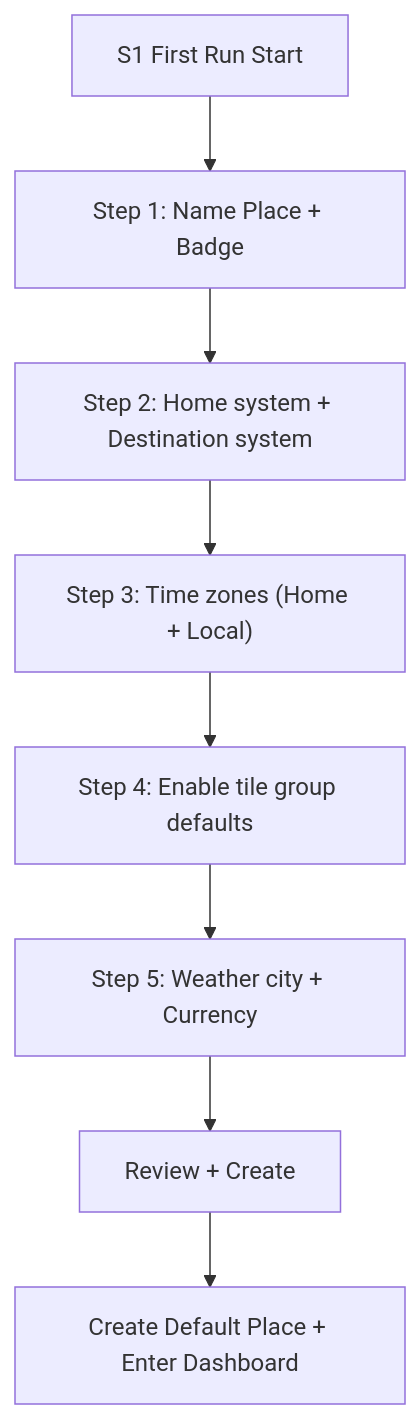
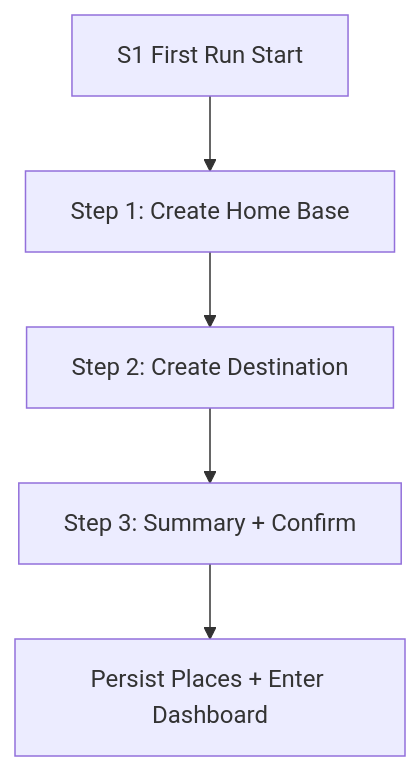
One commit to secretchoochoo/Unitana changed the second of 8 diagrams in docs/01-flows.md. Above: the diagram before and after it, drawn with Mermaid. The commit also changed other lines of this file and 2 other files, not shown here.

Commit message:
docs: refactor onboarding to 3-step wizard + dashboard slice #1

````diff
--- a/docs/01-flows.md
+++ b/docs/01-flows.md
@@ -126,10 +120,7 @@
 ```mermaid
 flowchart TD
-  A["S1 First Run Start"] --> B["Step 1: Name Place + Badge"]
-  B --> C["Step 2: Home system + Destination system"]
-  C --> D["Step 3: Time zones (Home + Local)"]
-  D --> E["Step 4: Enable tile group defaults"]
-  E --> F["Step 5: Weather city + Currency"]
-  F --> G["Review + Create"]
-  G --> H["Create Default Place + Enter Dashboard"]
+  A["S1 First Run Start"] --> B["Step 1: Create Home Base"]
+  B --> C["Step 2: Create Destination"]
+  C --> D["Step 3: Summary + Confirm"]
+  D --> E["Persist Places + Enter Dashboard"]
 ```
````
